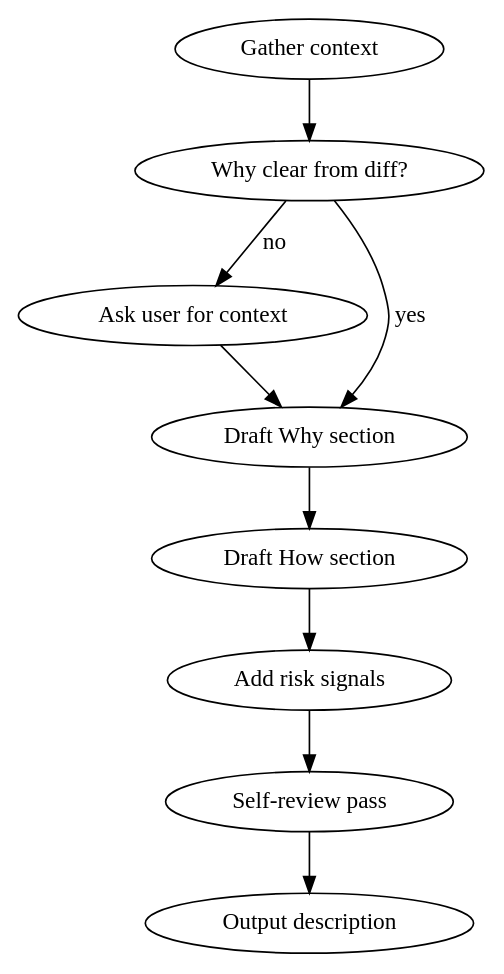
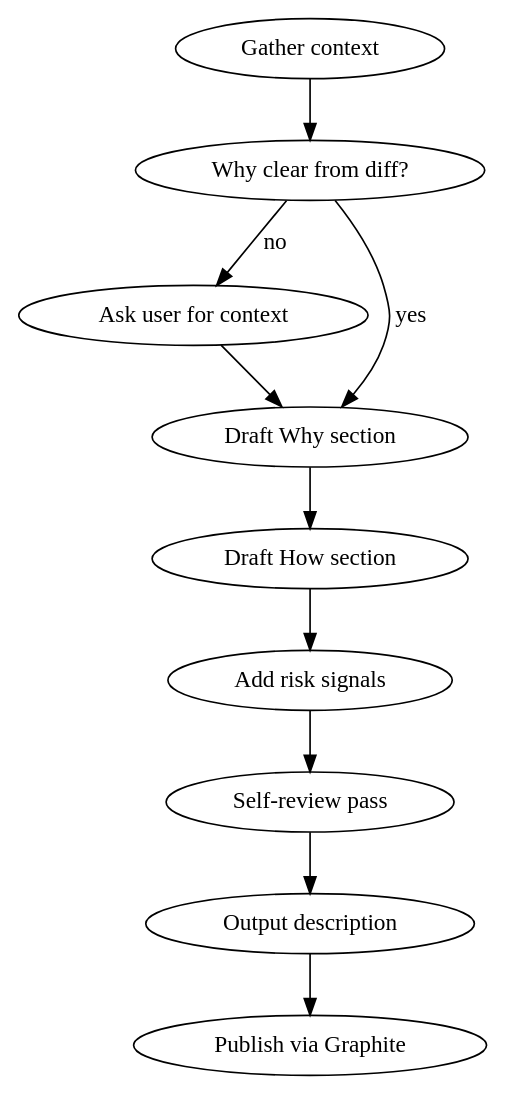
The diagram in .claude/skills/describe-pr/SKILL.md (Tauag/dotfiles), drawn with Graphviz before and after one commit. The commit also changed other lines of this file and 19 other files, not shown here.

````diff
--- a/.claude/skills/describe-pr/SKILL.md
+++ b/.claude/skills/describe-pr/SKILL.md
@@ -18,13 +18,14 @@
 ```dot
 digraph pr_description {
   rankdir=TB;
   "Gather context" -> "Why clear from diff?";
   "Why clear from diff?" -> "Ask user for context" [label="no"];
   "Ask user for context" -> "Draft Why section";
   "Why clear from diff?" -> "Draft Why section" [label="yes"];
   "Draft Why section" -> "Draft How section";
   "Draft How section" -> "Add risk signals";
   "Add risk signals" -> "Self-review pass";
   "Self-review pass" -> "Output description";
+  "Output description" -> "Publish via Graphite";
 }
 ```
````
